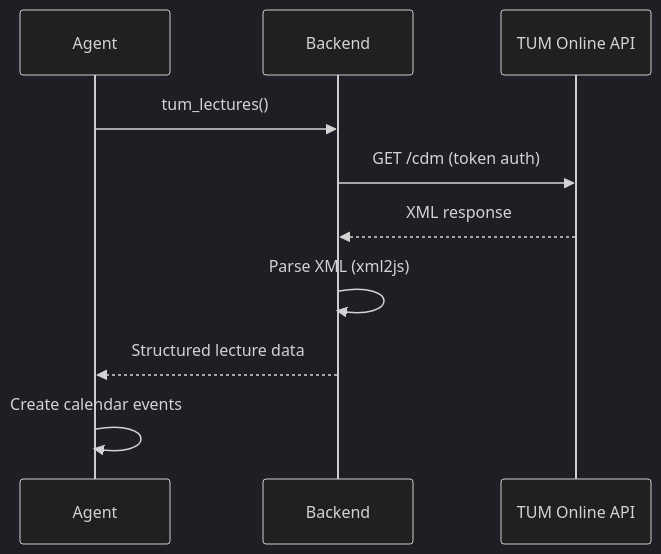
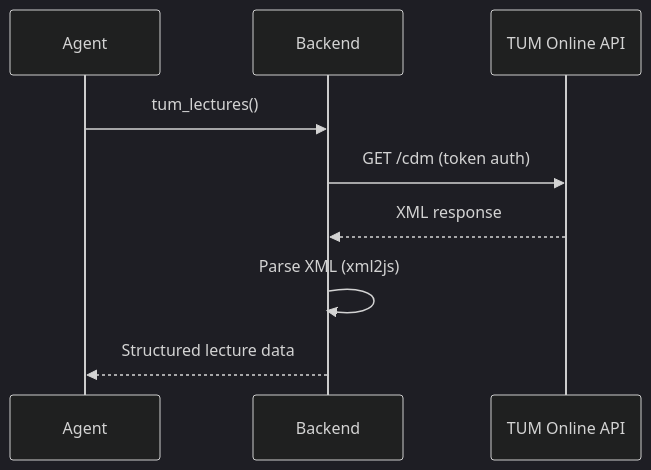
The fourth of 11 diagrams in pitch-deck/slides.md (neuromaxer/AssisTUM), drawn with Mermaid (dark theme) before and after one commit. The commit also changed other lines of this file, not shown here.

Commit message:
fix: team name to Pui, use real screenshot, fix appendix diagram overflow

````diff
--- a/pitch-deck/slides.md
+++ b/pitch-deck/slides.md
@@ -357,12 +353,11 @@
-```mermaid {scale: 0.6}
+```mermaid {scale: 0.45}
 sequenceDiagram
     participant Agent
     participant Backend
     participant TUM as TUM Online API
     Agent->>Backend: tum_lectures()
     Backend->>TUM: GET /cdm (token auth)
     TUM-->>Backend: XML response
     Backend->>Backend: Parse XML (xml2js)
     Backend-->>Agent: Structured lecture data
-    Agent->>Agent: Create calendar events
 ```
````
